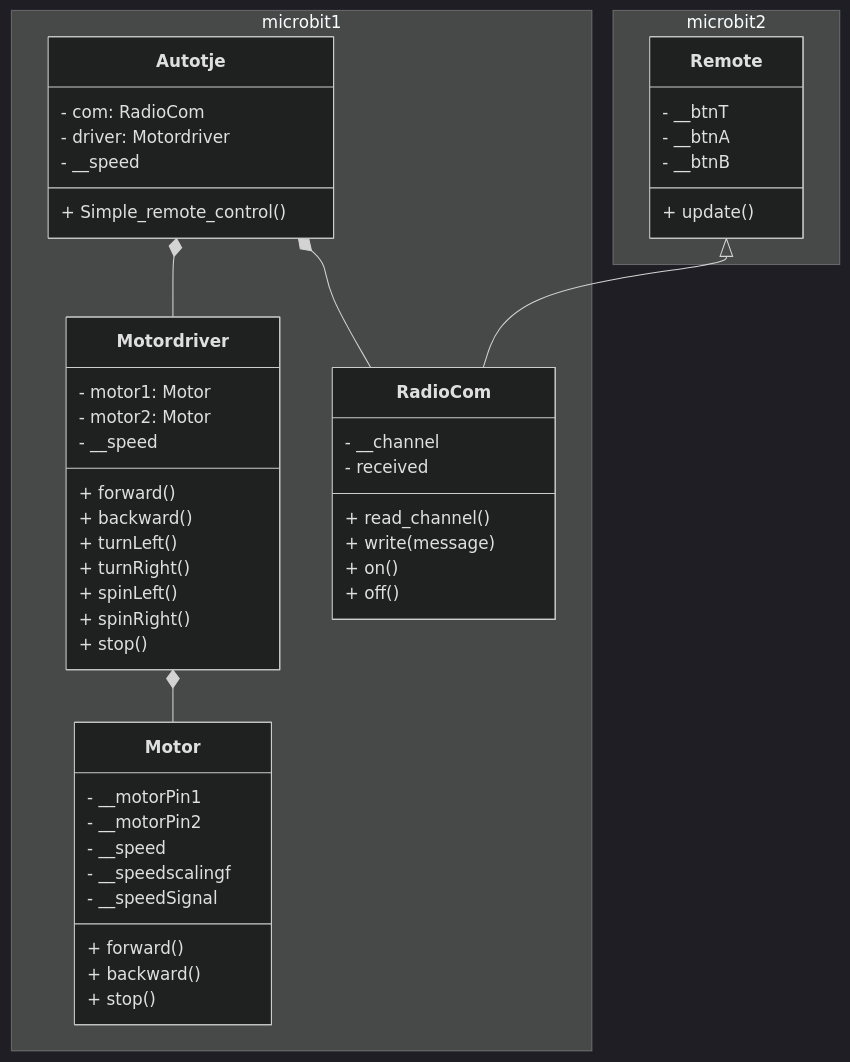
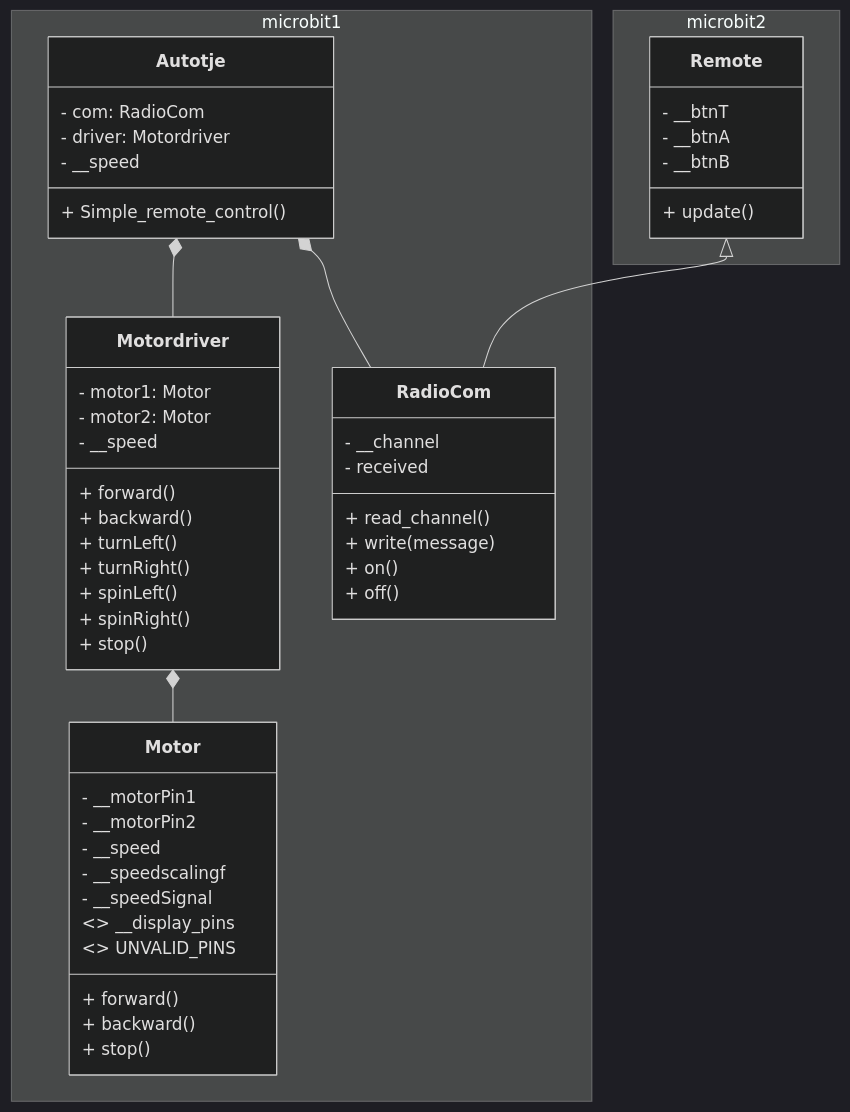
One commit to jensthebrogrammer/project_autotje changed the diagram in newUML.md. Above: the diagram before and after it, drawn with Mermaid (dark theme).

````diff
--- a/newUML.md
+++ b/newUML.md
@@ -1,61 +1,63 @@
 ```mermaid
 classDiagram
     namespace microbit1 {
         class Autotje {
             - com: RadioCom
             - driver: Motordriver
             - __speed
             + Simple_remote_control()
         }
 
         class Motor {
             - __motorPin1
             - __motorPin2
             - __speed
             - __speedscalingf
             - __speedSignal
             + forward()
             + backward()
             + stop()
+            <<class attribute>> __display_pins
+            <<class attribute>> UNVALID_PINS
         }
         
         class Motordriver {
             - motor1: Motor
             - motor2: Motor
             - __speed
             + forward()
             + backward()
             + turnLeft()
             + turnRight()
             + spinLeft()
             + spinRight()
             + stop()
         }
 
         class RadioCom {
             - __channel
             - received
             + read_channel()
             + write(message)
             + on()
             + off()
         }
     }
 
     namespace microbit2 {
         class Remote {
             - __btnT
             - __btnA
             - __btnB
             + update()
         }
     }
 
     Autotje *-- RadioCom 
     Autotje *-- Motordriver 
     Motordriver *-- Motor 
     Remote <|-- RadioCom
 
 
 
  ```
````
